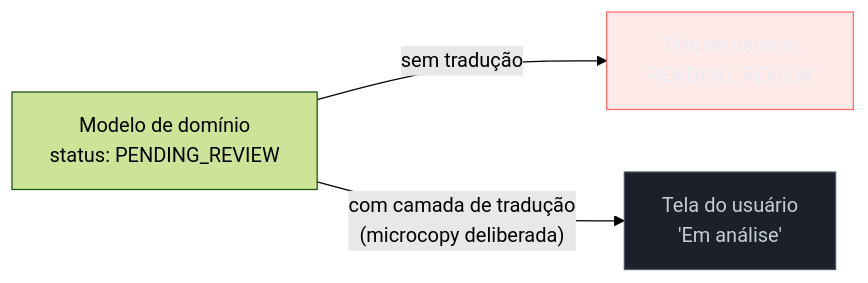
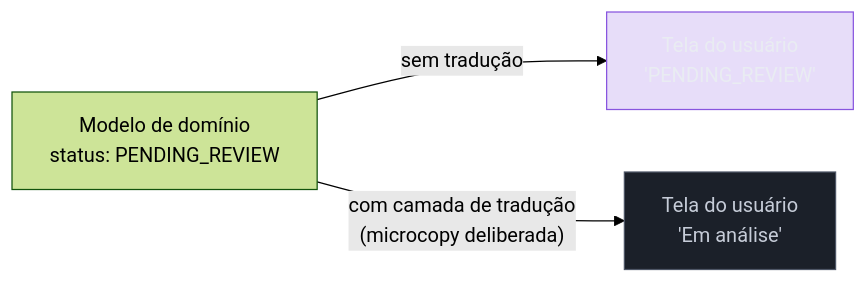
The diagram in 03-Dominios/Engenharia/UX/UX Writing e Content Design/34 - Microcopy, labels de ação e jargão interno.md (josenaldo/codex-technomanticus), drawn with Mermaid (forest theme) before and after one commit. The commit also changed 601 other files, not shown here.

````diff
--- a/03-Dominios/Engenharia/UX/UX Writing e Content Design/34 - Microcopy, labels de ação e jargão interno.md
+++ b/03-Dominios/Engenharia/UX/UX Writing e Content Design/34 - Microcopy, labels de ação e jargão interno.md
@@ -52,9 +52,9 @@
 ```mermaid
 graph LR
-    classDef falha fill:#FF6B6B24,stroke:#FF6B6B,color:#E9ECF2
+    classDef marca fill:#8855DF33,stroke:#8855DF,color:#E9ECF2
     classDef neutro fill:#1B2029,stroke:#4E5666,color:#C6CCD8
     M["Modelo de domínio<br/>status: PENDING_REVIEW"] -->|"sem tradução"| UI1["Tela do usuário<br/>'PENDING_REVIEW'"]
     M -->|"com camada de tradução<br/>(microcopy deliberada)"| UI2["Tela do usuário<br/>'Em análise'"]
-    class UI1 falha
+    class UI1 marca
     class UI2 neutro
 ```
````
